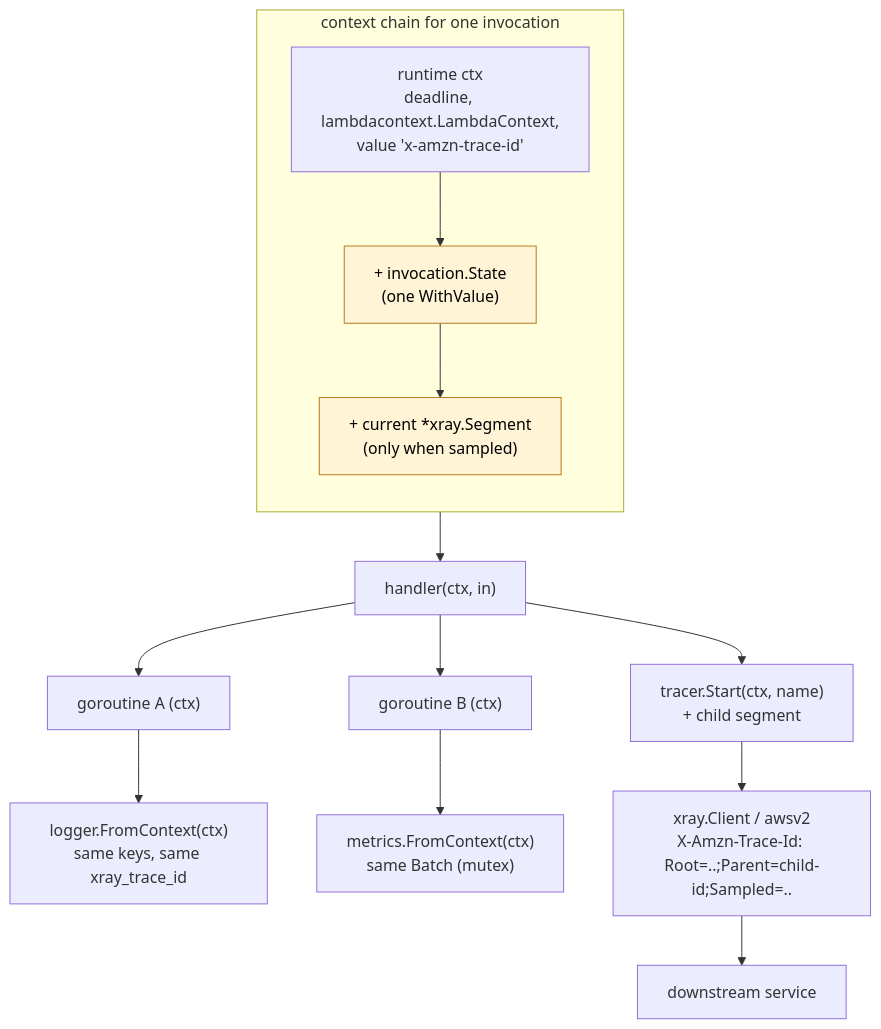
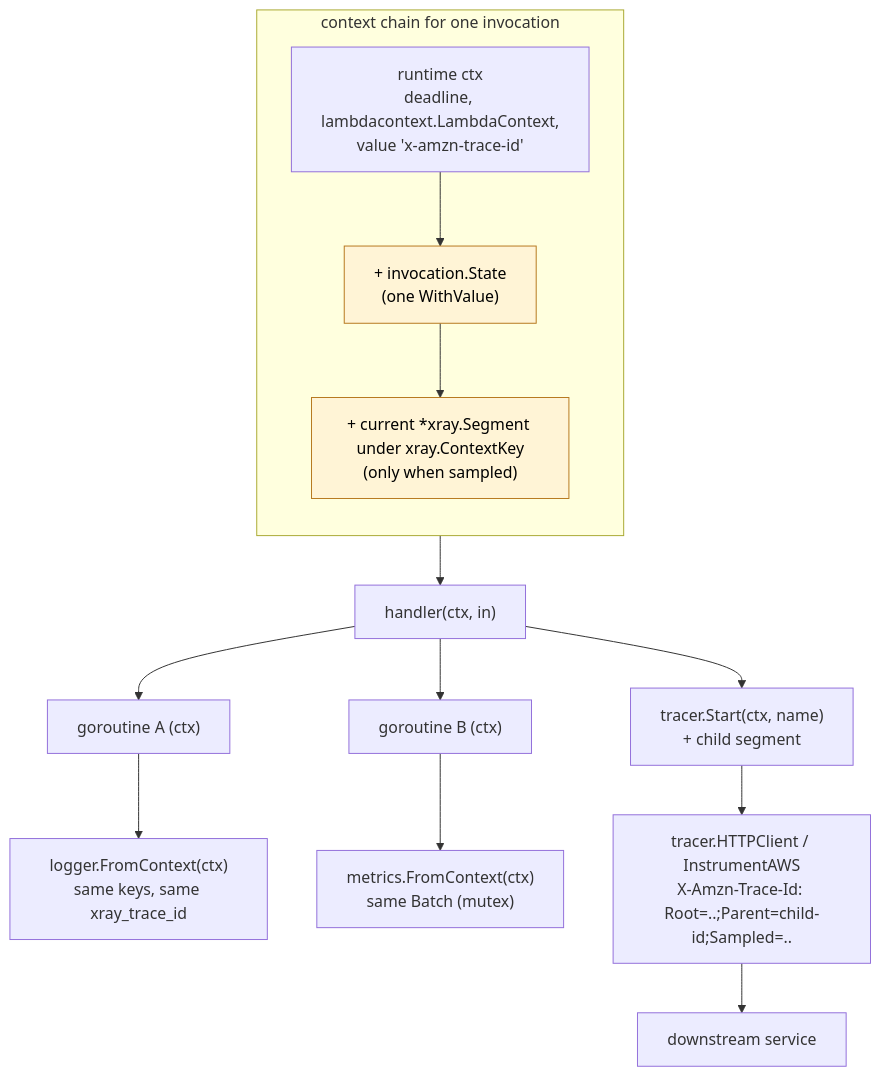
The third of 9 diagrams in 01-architecture.md (christiangda/powertools-lambda-go-plan), drawn with Mermaid before and after one commit. The commit also changed other lines of this file and 11 other files, not shown here.

````diff
--- a/01-architecture.md
+++ b/01-architecture.md
@@ -274,20 +525,20 @@
 ```mermaid
 flowchart TB
   subgraph chain["context chain for one invocation"]
     direction TB
     base["runtime ctx<br/>deadline, lambdacontext.LambdaContext,<br/>value 'x-amzn-trace-id'"]
     st["+ invocation.State<br/>(one WithValue)"]
-    seg["+ current *xray.Segment<br/>(only when sampled)"]
+    seg["+ current *xray.Segment under xray.ContextKey<br/>(only when sampled)"]
     base --> st --> seg
   end
   seg --> handler["handler(ctx, in)"]
   handler --> g1["goroutine A (ctx)"]
   handler --> g2["goroutine B (ctx)"]
   handler --> sub["tracer.Start(ctx, name)<br/>+ child segment"]
   g1 --> log["logger.FromContext(ctx)<br/>same keys, same xray_trace_id"]
   g2 --> met["metrics.FromContext(ctx)<br/>same Batch (mutex)"]
-  sub --> http["xray.Client / awsv2<br/>X-Amzn-Trace-Id: Root=..;Parent=child-id;Sampled=.."]
+  sub --> http["tracer.HTTPClient / InstrumentAWS<br/>X-Amzn-Trace-Id: Root=..;Parent=child-id;Sampled=.."]
   http --> downstream["downstream service"]
   classDef state fill:#fff4d6,stroke:#b7791f,color:#000;
   class st,seg state;
 ```
````
